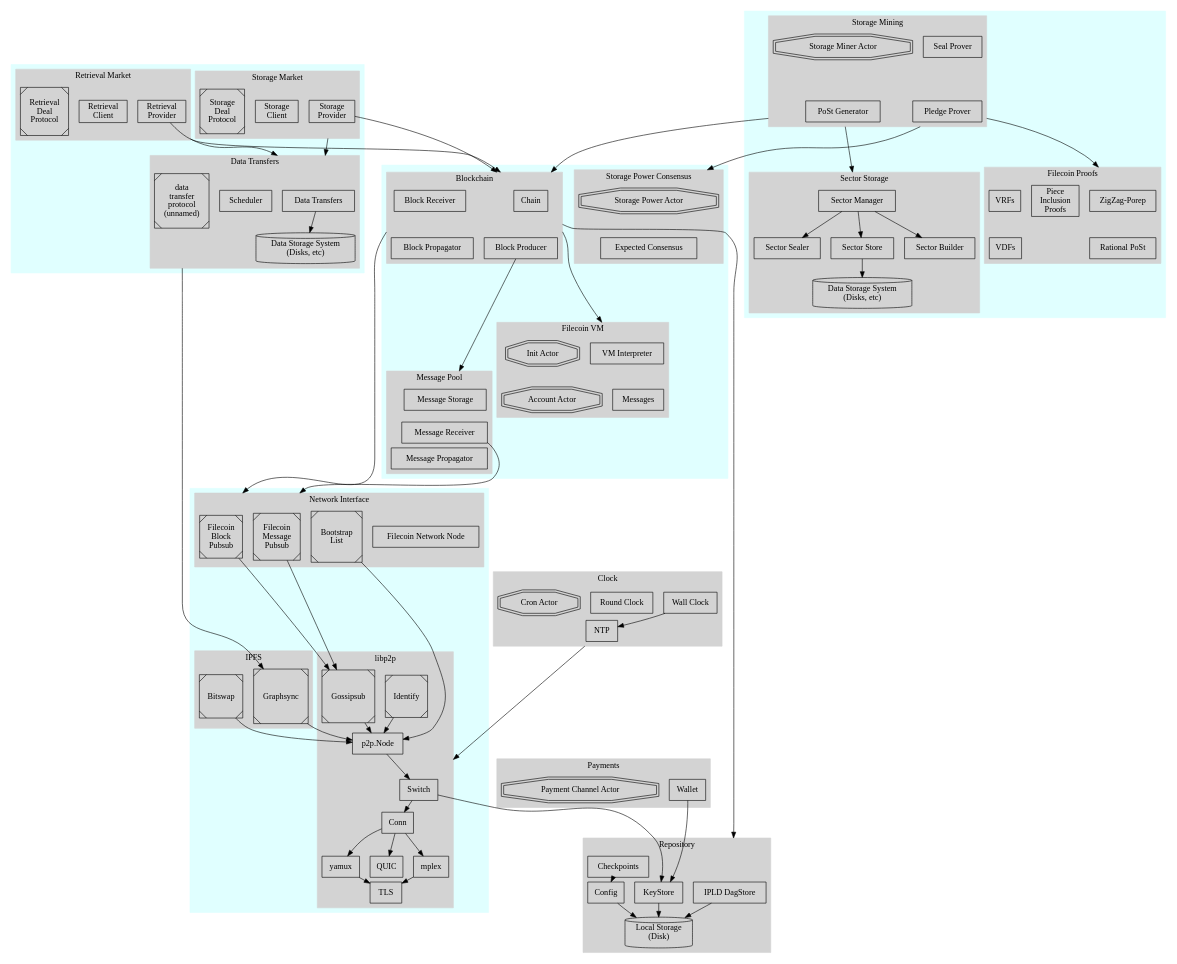
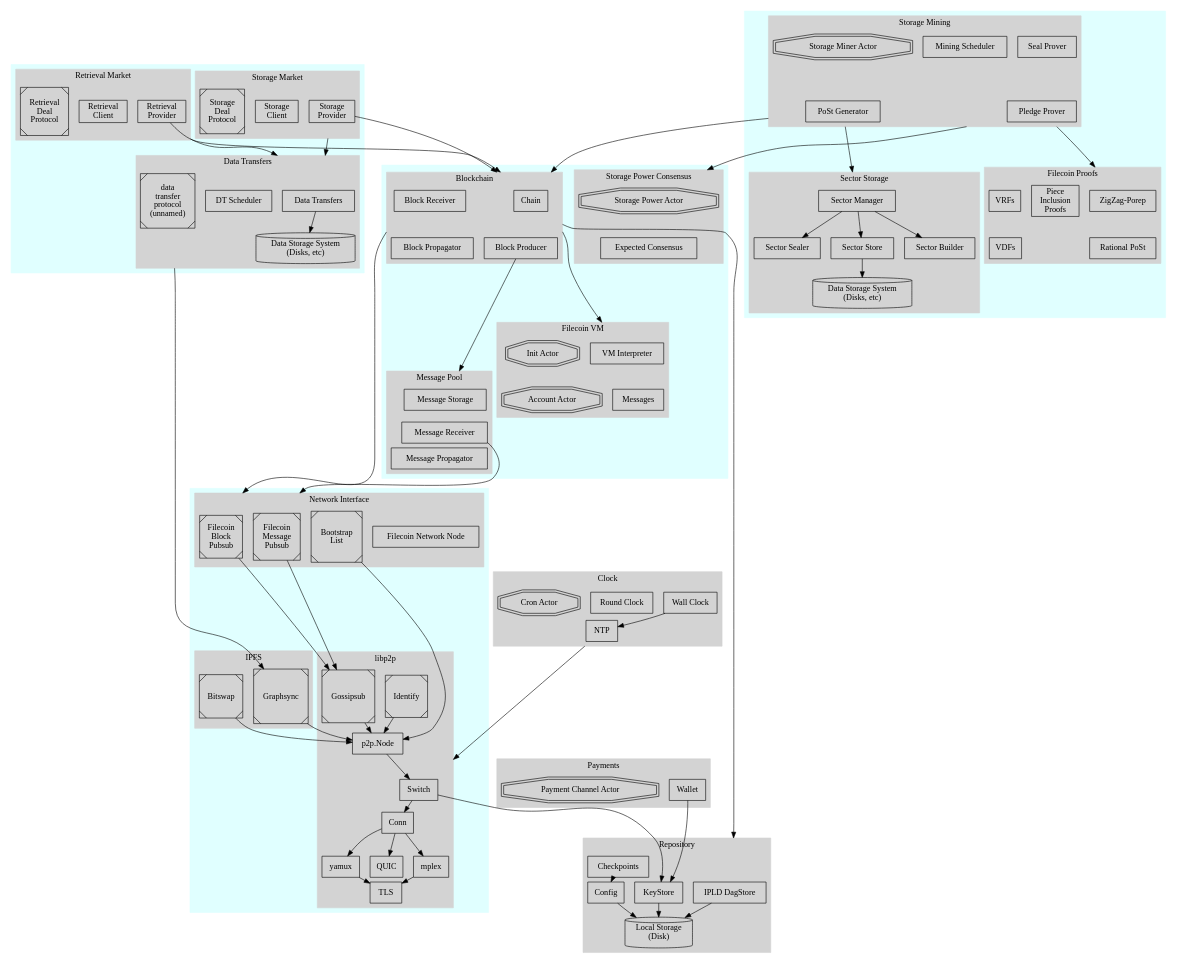
One commit to filecoin-project/specs changed the diagram in diagrams/overview1/overview.dot. Above: the diagram before and after it, drawn with Graphviz. The commit also changed 1 other file, not shown here.

Commit message:
added back scheduler to mining

```diff
--- a/diagrams/overview1/overview.dot
+++ b/diagrams/overview1/overview.dot
@@ -145,7 +145,7 @@
       { // components
         node [shape=box]
         "Data Transfers"
-        "Scheduler"
+        "DT Scheduler"
       }
 
       { // libp2p protocols
@@ -174,6 +174,7 @@
         "Seal Prover"
         "PoSt Generator"
         "Pledge Prover"
+        "Mining Scheduler"
       }
 
       { // actors
```
